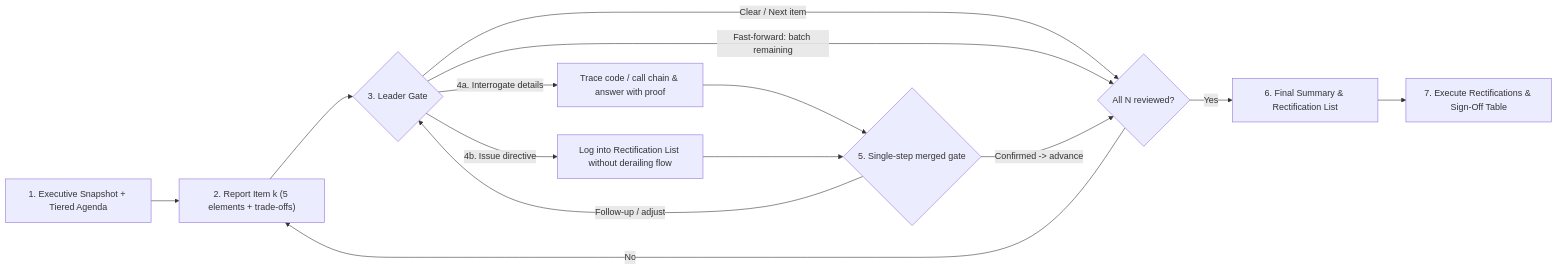
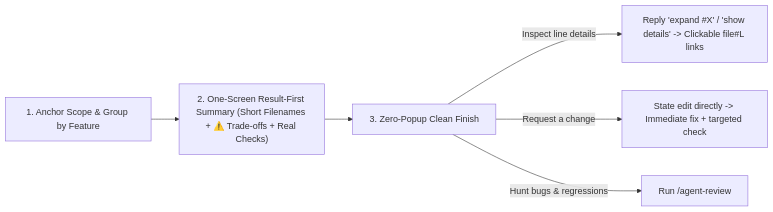
Before and after one commit to lastxuanain/ainward-skills: the diagram in skills/work-report/README.md, drawn with Mermaid. The commit also changed other lines of this file and 10 other files, not shown here.

Commit message:
feat: align work-report, agent-review, and code-sync to Result-First UX

````diff
--- a/skills/work-report/README.md
+++ b/skills/work-report/README.md
@@ -28,16 +27,8 @@
 ```mermaid
 flowchart LR
-    A["1. Executive Snapshot + Tiered Agenda"] --> B["2. Report Item k (5 elements + trade-offs)"]
-    B --> C{"3. Leader Gate"}
-    C -- "Clear / Next item" --> D{"All N reviewed?"}
-    C -- "Fast-forward: batch remaining" --> D
-    D -- "No" --> B
-    D -- "Yes" --> E["6. Final Summary & Rectification List"]
-    C -- "4a. Interrogate details" --> F["Trace code / call chain & answer with proof"]
-    C -- "4b. Issue directive" --> G["Log into Rectification List without derailing flow"]
-    F --> H{"5. Single-step merged gate"}
-    G --> H
-    H -- "Confirmed -> advance" --> D
-    H -- "Follow-up / adjust" --> C
-    E --> I["7. Execute Rectifications & Sign-Off Table"]
+    A["1. Anchor Scope & Group by Feature"] --> B["2. One-Screen Result-First Summary (Short Filenames + ⚠️ Trade-offs + Real Checks)"]
+    B --> C["3. Zero-Popup Clean Finish"]
+    C -- "Inspect line details" --> D["Reply 'expand #X' / 'show details' -> Clickable file#L links"]
+    C -- "Request a change" --> E["State edit directly -> Immediate fix + targeted check"]
+    C -- "Hunt bugs & regressions" --> F["Run /agent-review"]
 ```
````
